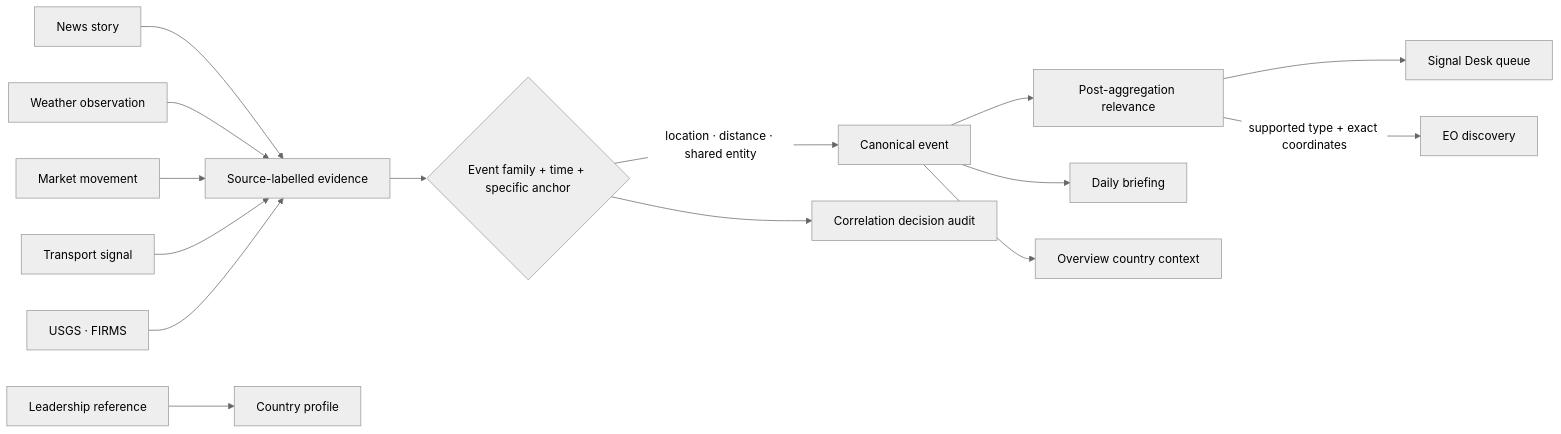
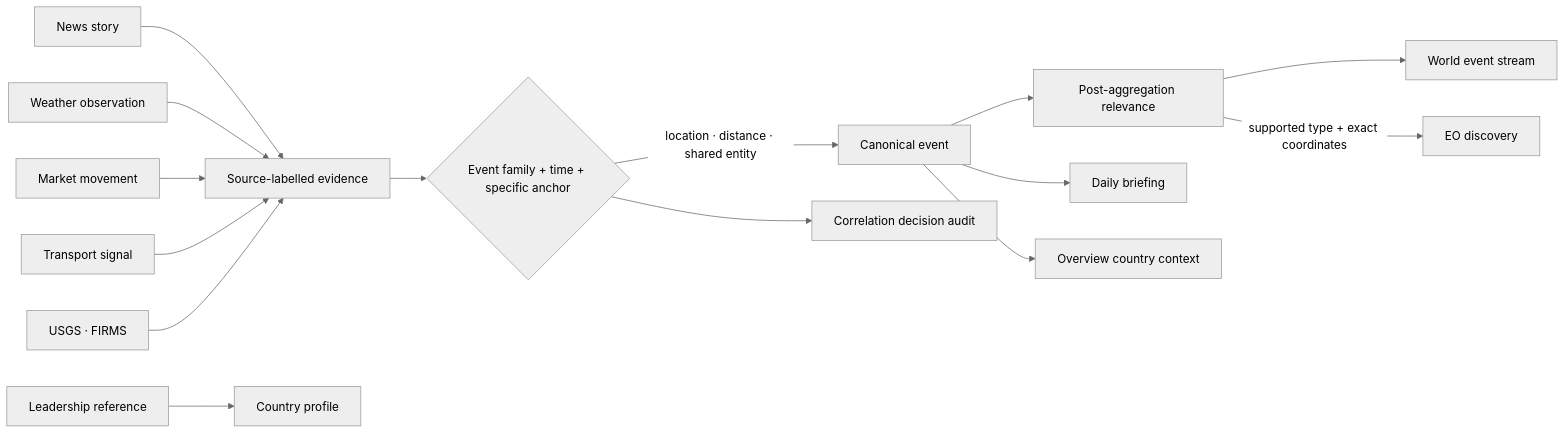
The second of 2 diagrams in docs/architecture/cross-device-design.md (eojgroup/claritas), drawn with Mermaid (neutral theme) before and after one commit. The commit also changed other lines of this file and 27 other files, not shown here.

Commit message:
Integrate world event context and restore reliable production ingestion

````diff
--- a/docs/architecture/cross-device-design.md
+++ b/docs/architecture/cross-device-design.md
@@ -62,17 +62,17 @@
 ```mermaid
 flowchart LR
   Story[News story] --> Evidence[Source-labelled evidence]
   Weather[Weather observation] --> Evidence
   Market[Market movement] --> Evidence
   Transport[Transport signal] --> Evidence
   Official[USGS · FIRMS] --> Evidence
   Evidence --> Gate{Event family + time + specific anchor}
   Gate -->|location · distance · shared entity| Event[Canonical event]
   Gate --> Audit[Correlation decision audit]
   Event --> Score[Post-aggregation relevance]
-  Score --> Queue[Signal Desk queue]
+  Score --> Queue[World event stream]
   Score -->|supported type + exact coordinates| Satellite[EO discovery]
   Event --> Brief[Daily briefing]
   Event --> Country[Overview country context]
   Leader[Leadership reference] --> Profile[Country profile]
 ```
````
